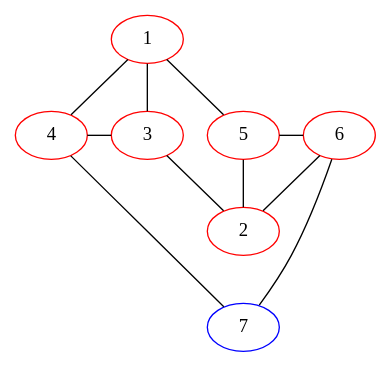
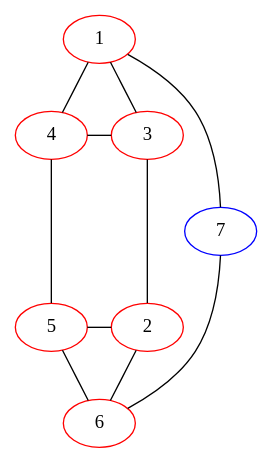
The diagram in sprouts/111221.dot (bilboquet/gamelib), drawn with Graphviz before and after one commit. The commit also changed 6 other files, not shown here.

```diff
--- a/sprouts/111221.dot
+++ b/sprouts/111221.dot
@@ -1,34 +1,35 @@
 graph {
-  1 -- 4 -- 3;
-  1 -- 5 -- 2;
-  1 -- 3 -- 2;
-  5 -- 6 -- 2;
+  1 -- 4 [weight=3];
+  1 -- 3 [weight=2];
+  4 -- 3;
+  3 -- 2;
+  4 -- 5 -- 2;
 
   {
     rank="same";
-    5;
     3;
     4;
-    6;
 
   }
 
+
+  {
+    rank="same";
+    2;
+    5;
+
+  }
+
+  5 -- 6 [weight=3];
+  6 -- 2 [weight=2];
+  1 -- 7 [minlen=2];
+  7 -- 6 [minlen=2];
   1 [color="red"];
   2 [color="red"];
   3 [color="red"];
   4 [color="red"];
   5 [color="red"];
   6 [color="red"];
   7 [color="blue"];
 
-  {
-    rank="max";
-    7;
-
-  }
-
-  2 -- 7 [style="invis"];
-  7 -- 6;
-  7 -- 4;
-
 }
```
